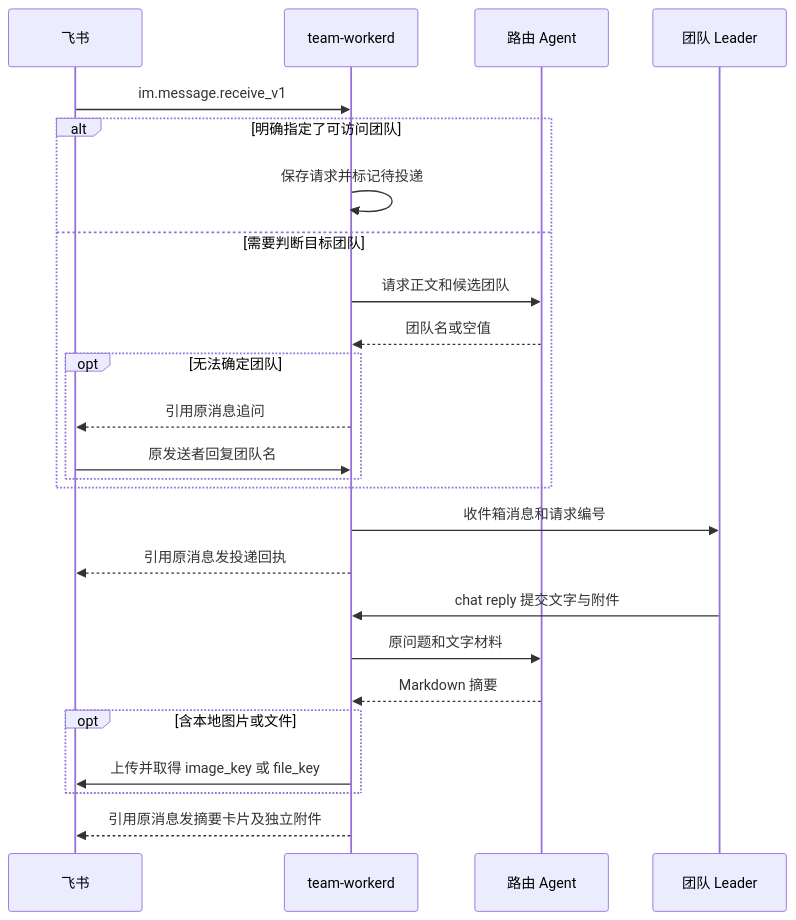
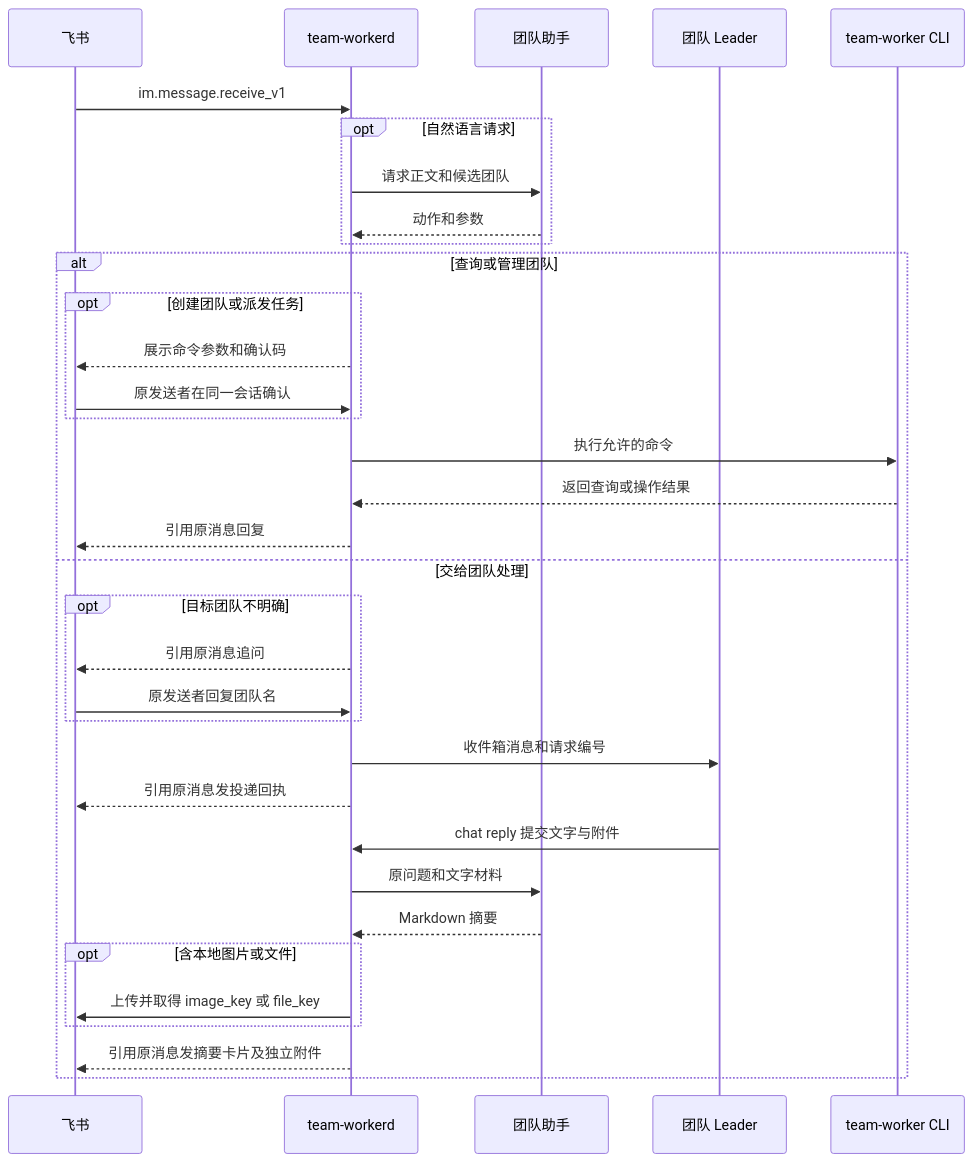
Before and after one commit to BenLocal/team-worker: the diagram in docs/feishu-call-flow.md, drawn with Mermaid. The commit also changed other lines of this file and 3 other files, not shown here.

````diff
--- a/docs/feishu-call-flow.md
+++ b/docs/feishu-call-flow.md
@@ -13,27 +13,36 @@
 ```mermaid
 sequenceDiagram
     participant F as 飞书
     participant D as team-workerd
-    participant A as 路由 Agent
+    participant A as 团队助手
     participant L as 团队 Leader
+    participant C as team-worker CLI
     F->>D: im.message.receive_v1
-    alt 明确指定了可访问团队
-        D->>D: 保存请求并标记待投递
-    else 需要判断目标团队
+    opt 自然语言请求
         D->>A: 请求正文和候选团队
-        A-->>D: 团队名或空值
-        opt 无法确定团队
+        A-->>D: 动作和参数
+    end
+    alt 查询或管理团队
+        opt 创建团队或派发任务
+            D-->>F: 展示命令参数和确认码
+            F->>D: 原发送者在同一会话确认
+        end
+        D->>C: 执行允许的命令
+        C-->>D: 返回查询或操作结果
+        D-->>F: 引用原消息回复
+    else 交给团队处理
+        opt 目标团队不明确
             D-->>F: 引用原消息追问
             F->>D: 原发送者回复团队名
         end
+        D->>L: 收件箱消息和请求编号
+        D-->>F: 引用原消息发投递回执
+        L->>D: chat reply 提交文字与附件
+        D->>A: 原问题和文字材料
+        A-->>D: Markdown 摘要
+        opt 含本地图片或文件
+            D->>F: 上传并取得 image_key 或 file_key
+        end
+        D-->>F: 引用原消息发摘要卡片及独立附件
     end
-    D->>L: 收件箱消息和请求编号
-    D-->>F: 引用原消息发投递回执
-    L->>D: chat reply 提交文字与附件
-    D->>A: 原问题和文字材料
-    A-->>D: Markdown 摘要
-    opt 含本地图片或文件
-        D->>F: 上传并取得 image_key 或 file_key
-    end
-    D-->>F: 引用原消息发摘要卡片及独立附件
 ```
````
